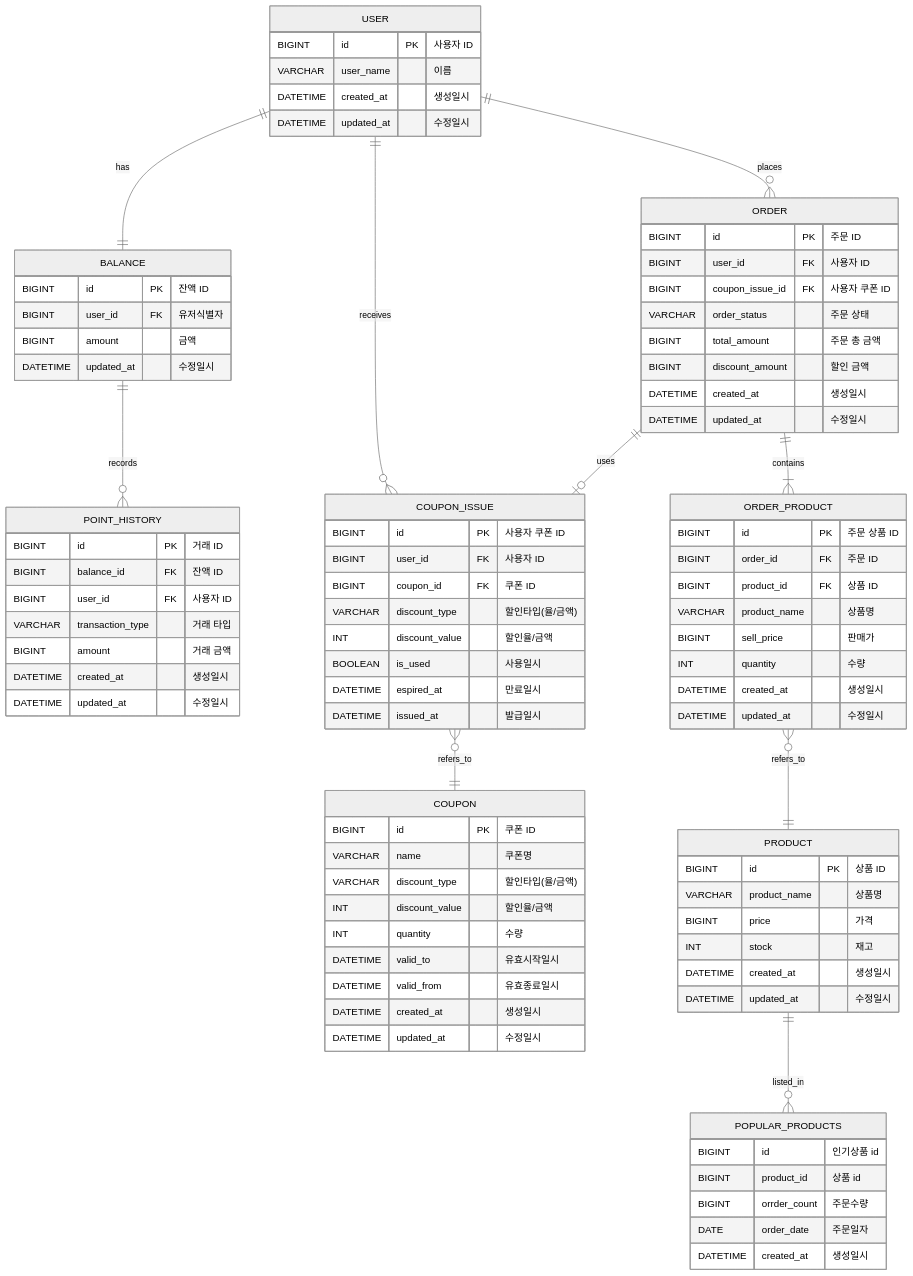
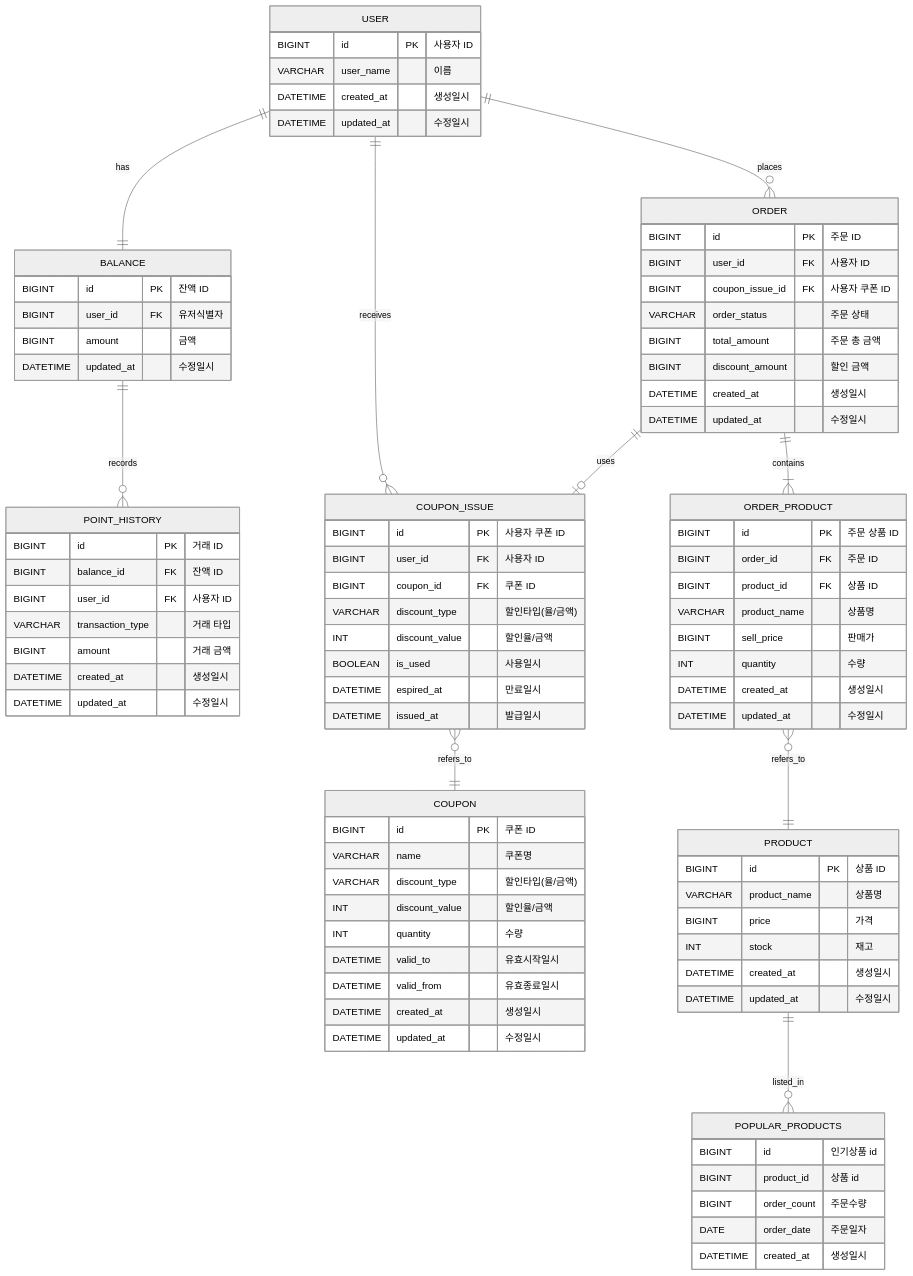
The diagram in docs/erd.md (najang/hhplus_e-commerce), drawn with Mermaid (neutral theme) before and after one commit.

Commit message:
[docs] ERD 수정

```diff
--- a/docs/erd.md
+++ b/docs/erd.md
@@ -95,7 +95,7 @@
     POPULAR_PRODUCTS {
         BIGINT id "인기상품 id"
         BIGINT product_id "상품 id"
-        BIGINT orrder_count "주문수량"
+        BIGINT order_count "주문수량"
         DATE order_date "주문일자"
         DATETIME created_at "생성일시"
     }
```
